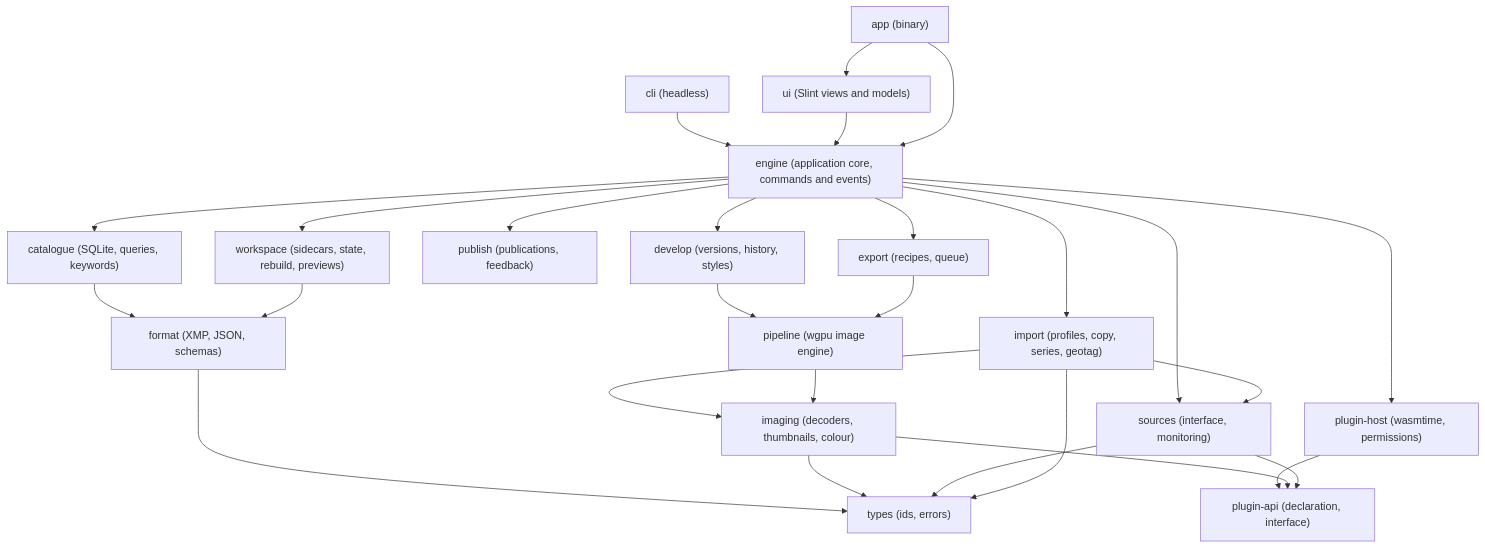
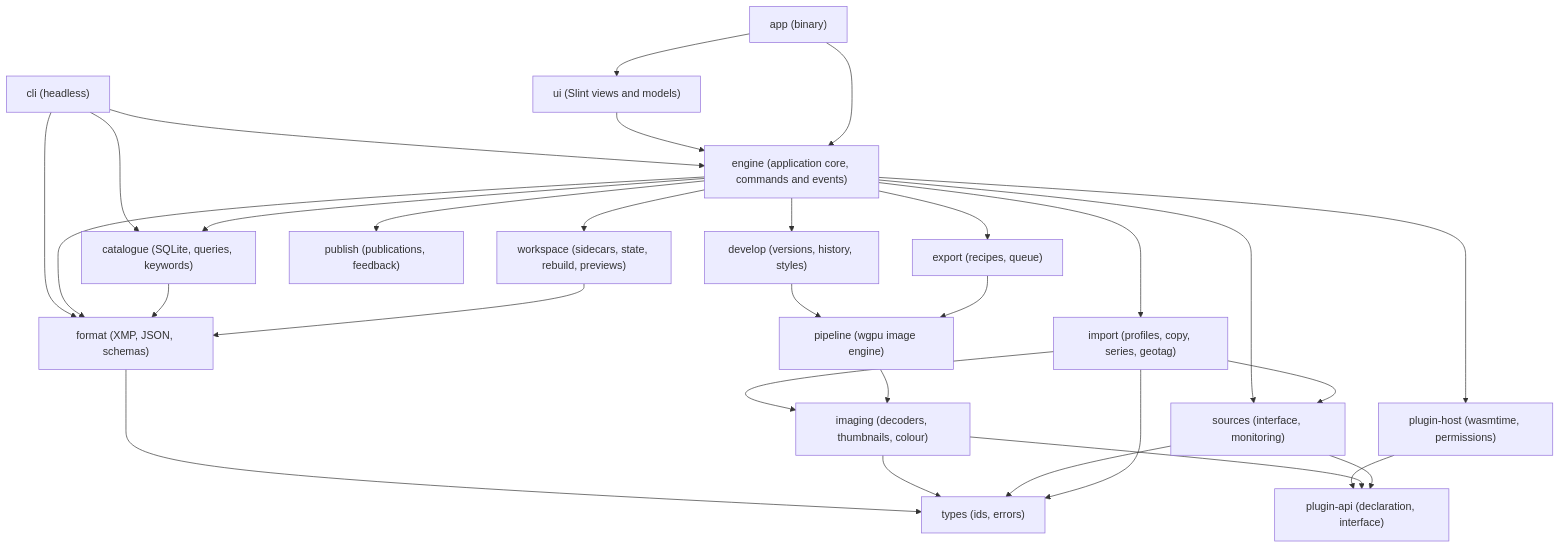
The first of 2 diagrams in docs/architecture.md (patrickfournier/auroraw), drawn with Mermaid before and after one commit. The commit also changed 24 other files, not shown here.

````diff
--- a/docs/architecture.md
+++ b/docs/architecture.md
@@ -68,29 +68,32 @@
 ```mermaid
 flowchart TD
   app["app (binary)"] --> ui["ui (Slint views and models)"]
   cli["cli (headless)"] --> engine
+  cli --> catalogue
+  cli --> format
   ui --> engine["engine (application core, commands and events)"]
   engine --> develop["develop (versions, history, styles)"]
   engine --> import["import (profiles, copy, series, geotag)"]
   engine --> export["export (recipes, queue)"]
   engine --> publish["publish (publications, feedback)"]
   engine --> catalogue["catalogue (SQLite, queries, keywords)"]
   engine --> workspace["workspace (sidecars, state, rebuild, previews)"]
   engine --> sources["sources (interface, monitoring)"]
   engine --> host["plugin-host (wasmtime, permissions)"]
+  engine --> format
   develop --> pipeline["pipeline (wgpu image engine)"]
   export --> pipeline
   import --> imaging["imaging (decoders, thumbnails, colour)"]
   pipeline --> imaging
   catalogue --> format["format (XMP, JSON, schemas)"]
   workspace --> format
   host --> api["plugin-api (declaration, interface)"]
   format --> types["types (ids, errors)"]
   imaging --> types
   imaging --> api
   sources --> api
   sources --> types
   import --> sources
   import --> types
   app --> engine
 ```
````
